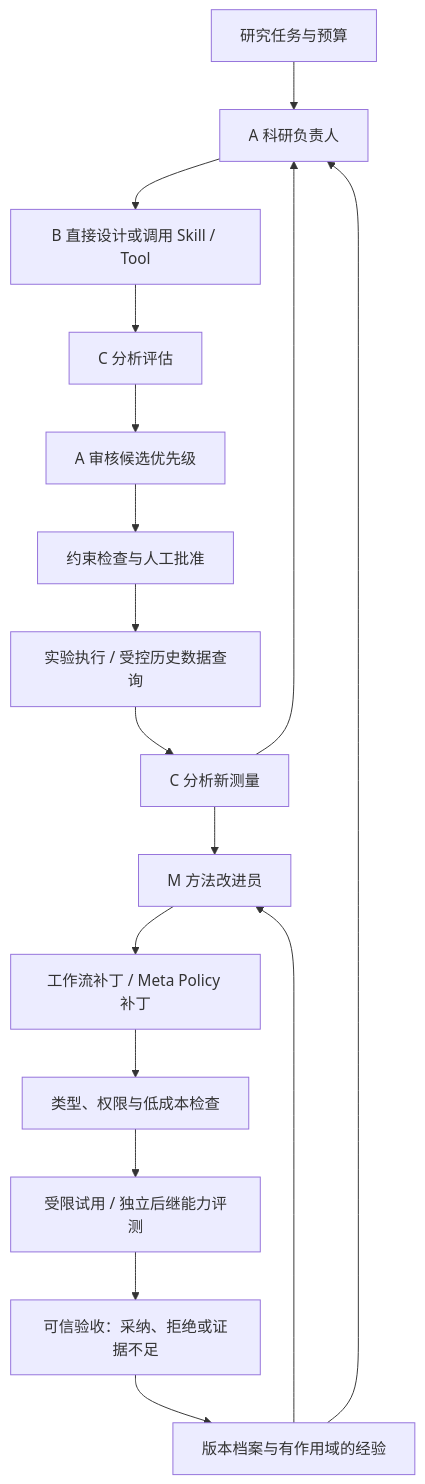
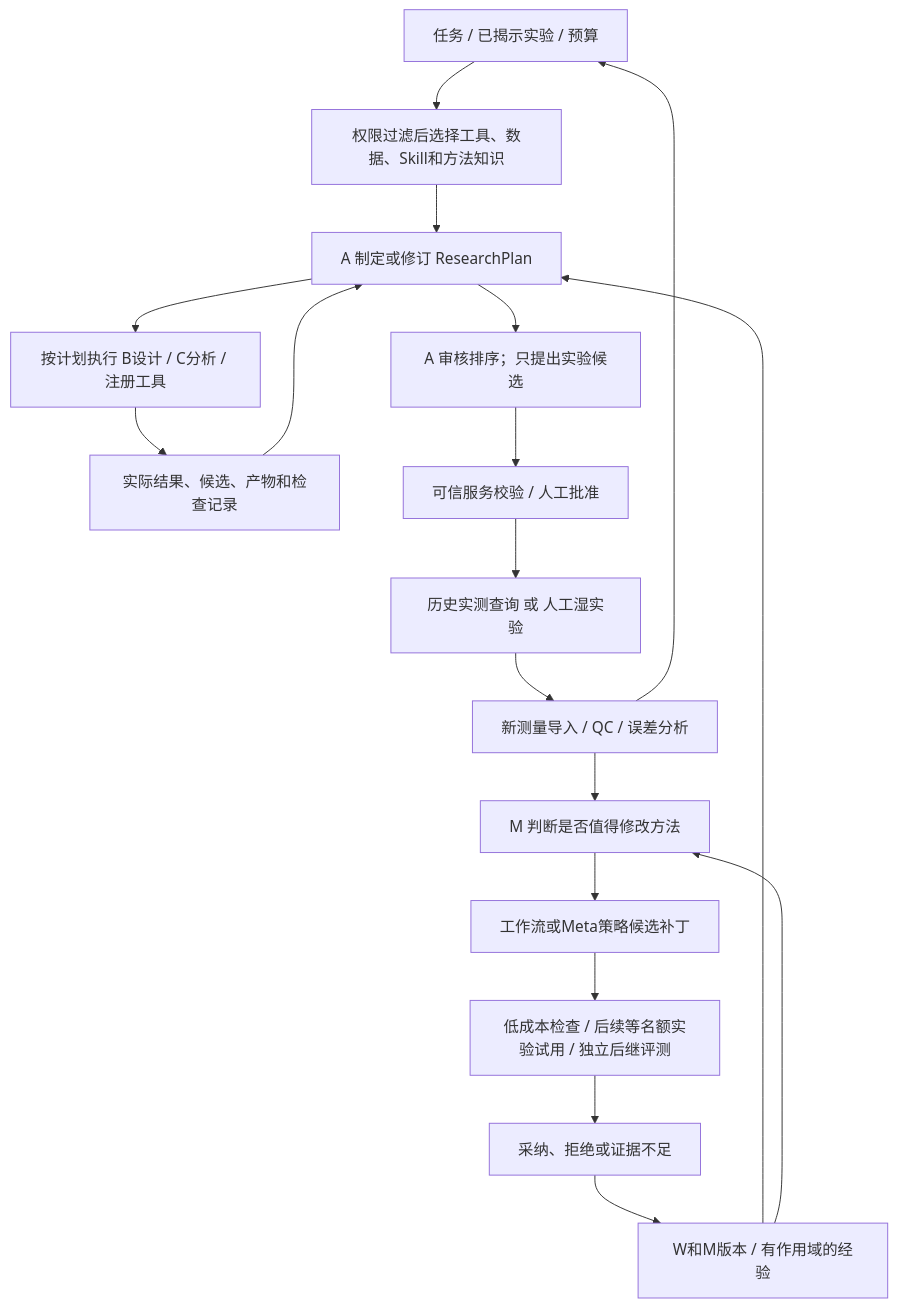
The diagram in README.md (zzjw0611/ProteinRSI), drawn with Mermaid before and after one commit. The commit also changed other lines of this file and 78 other files, not shown here.

````diff
--- a/README.md
+++ b/README.md
@@ -50,19 +20,20 @@
 ```mermaid
 flowchart TD
-    Input[研究任务与预算] --> A[A 科研负责人]
-    A --> B[B 直接设计或调用 Skill / Tool]
-    B --> C[C 分析评估]
-    C --> Select[A 审核候选优先级]
-    Select --> Approval[约束检查与人工批准]
-    Approval --> Lab[实验执行 / 受控历史数据查询]
-    Lab --> Feedback[C 分析新测量]
-    Feedback --> A
-    Feedback --> M[M 方法改进员]
-    M --> Patch[工作流补丁 / Meta Policy 补丁]
-    Patch --> Check[类型、权限与低成本检查]
-    Check --> Trial[受限试用 / 独立后继能力评测]
-    Trial --> Gate[可信验收：采纳、拒绝或证据不足]
-    Gate --> Versions[版本档案与有作用域的经验]
+    Task[任务 / 已揭示实验 / 预算] --> Resources[权限过滤后选择工具、数据、Skill和方法知识]
+    Resources --> A[A 制定或修订 ResearchPlan]
+    A --> Execute[按计划执行 B设计 / C分析 / 注册工具]
+    Execute --> Observe[实际结果、候选、产物和检查记录]
+    Observe --> A
+    A --> Final[A 审核排序；只提出实验候选]
+    Final --> Gate[可信服务校验 / 人工批准]
+    Gate --> Lab[历史实测查询 或 人工湿实验]
+    Lab --> Feedback[新测量导入 / QC / 误差分析]
+    Feedback --> Task
+    Feedback --> M[M 判断是否值得修改方法]
+    M --> Patch[工作流或Meta策略候选补丁]
+    Patch --> Trial[低成本检查 / 后续等名额实验试用 / 独立后继评测]
+    Trial --> Promotion[采纳、拒绝或证据不足]
+    Promotion --> Versions[W和M版本 / 有作用域的经验]
     Versions --> A
     Versions --> M
 ```
````
